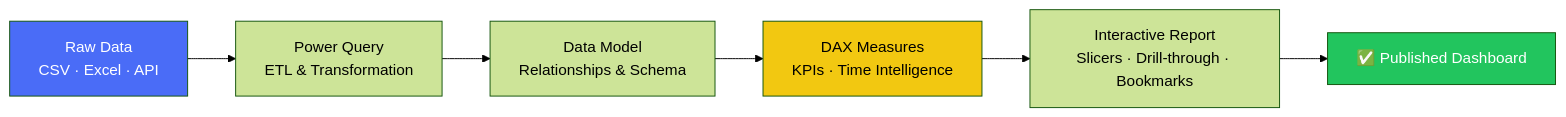
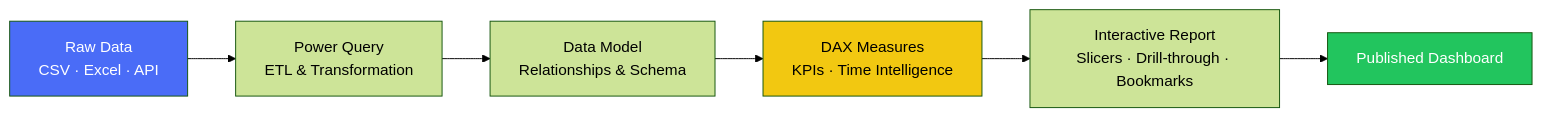
The second of 7 diagrams in README.md (a-r-ashik/Data-Analysis), drawn with Mermaid (forest theme) before and after one commit. The commit also changed other lines of this file, not shown here.

````diff
--- a/README.md
+++ b/README.md
@@ -115,12 +115,12 @@
 ```mermaid
 flowchart LR
     A[Raw Data\nCSV · Excel · API] --> B[Power Query\nETL & Transformation]
     B --> C[Data Model\nRelationships & Schema]
     C --> D[DAX Measures\nKPIs · Time Intelligence]
     D --> E[Interactive Report\nSlicers · Drill-through · Bookmarks]
-    E --> F[✅ Published Dashboard]
+    E --> F[ Published Dashboard]
 
     style A fill:#4a6cf7,color:#fff
     style D fill:#F2C811,color:#000
     style F fill:#22C55E,color:#fff
 ```
````
